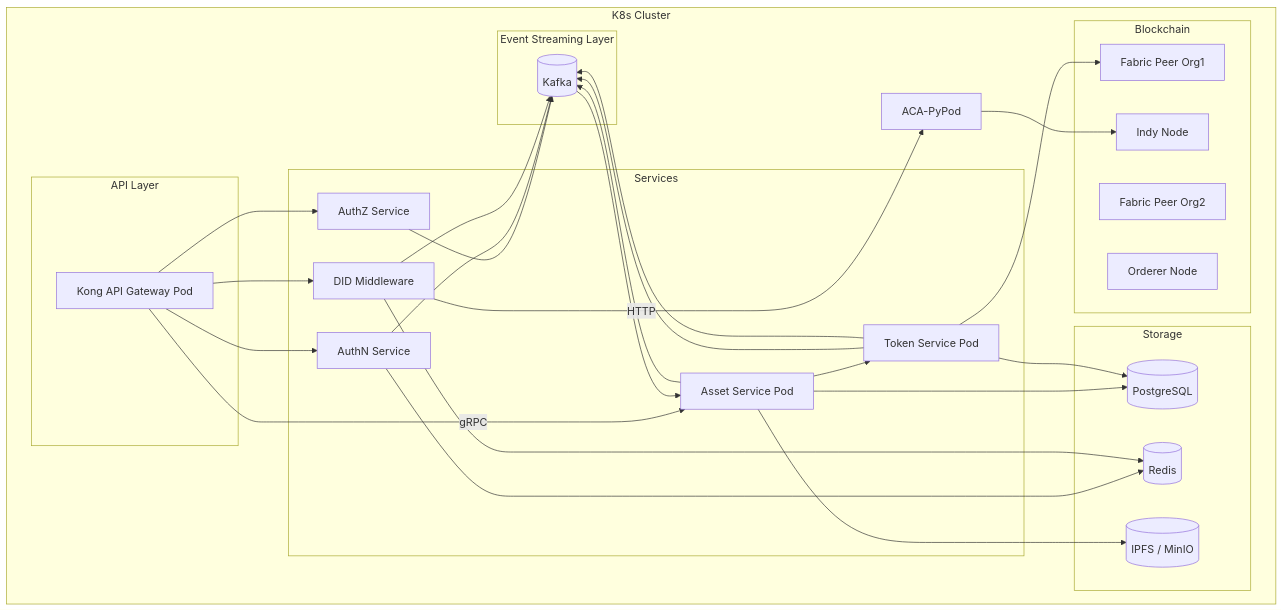
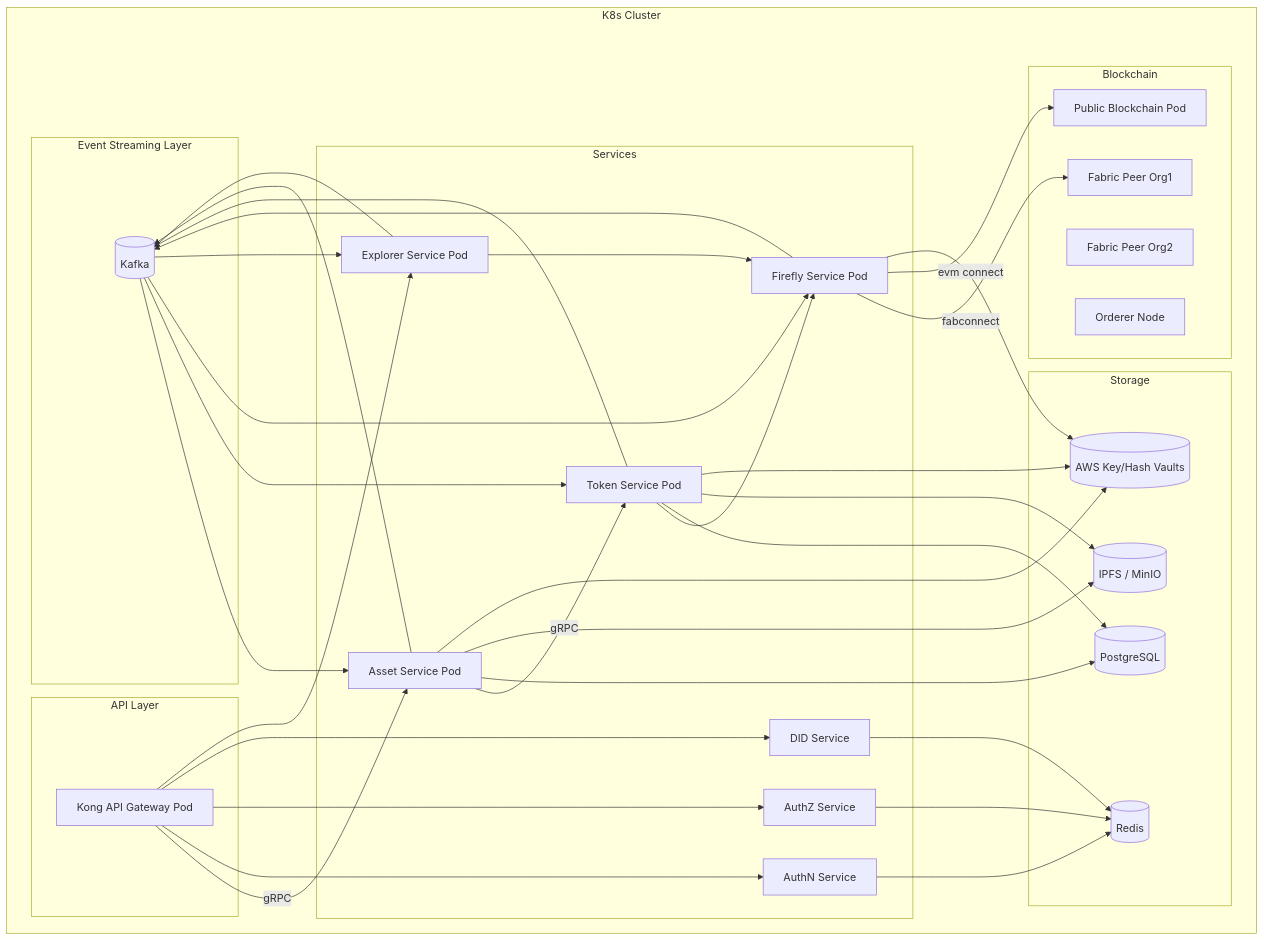
Before and after one commit to metafi-blockchain/metafi-digital-assets-service: the fourth of 4 diagrams in docs/architecture-design.en.md, drawn with Mermaid. The commit also changed other lines of this file, not shown here.

````diff
--- a/docs/architecture-design.en.md
+++ b/docs/architecture-design.en.md
@@ -294,57 +294,68 @@
 ```mermaid
 graph TD
     subgraph K8s Cluster
         subgraph API Layer
             GatewayPod[Kong API Gateway Pod]
         end
 
         subgraph Services
             AssetPod[Asset Service Pod]
             TokenPod[Token Service Pod]
+            FireflyPod[Firefly Service Pod]
+            ExplorerPod[Explorer Service Pod]
             AuthNPod[AuthN Service]
             AuthZPod[AuthZ Service]
-            DIDPod["DID Middleware"]
+            DIDPod[DID Service]
         end
 
         subgraph Blockchain
             FabricPeer1["Fabric Peer Org1"]
             FabricPeer2["Fabric Peer Org2"]
             Orderer[Orderer Node]
-            Indy[Indy Node]
+            PublicChainPod[Public Blockchain Pod]
         end
 
         subgraph Storage
             DBPod[(PostgreSQL)]
             RedisPod[(Redis)]
             IPFSPod[(IPFS / MinIO)]
+            KeyVaultsPod[(AWS Key/Hash Vaults)]
         end
 
         subgraph Event Streaming Layer
             KafkaPod[(Kafka)]
         end
 
         GatewayPod -->|gRPC| AssetPod
         GatewayPod --> AuthNPod
         GatewayPod --> AuthZPod
         GatewayPod --> DIDPod
+        GatewayPod --> ExplorerPod
 
-        AssetPod --> TokenPod
-        TokenPod --> FabricPeer1
-        DIDPod -->|HTTP| ACA-PyPod
+        AssetPod -->|gRPC| TokenPod
+        TokenPod --> FireflyPod
+        FireflyPod -->|fabconnect| FabricPeer1
+        FireflyPod -->|evm connect| PublicChainPod
+        ExplorerPod --> FireflyPod
 
         AssetPod --> DBPod
         TokenPod --> DBPod
         AuthNPod --> RedisPod
+        AuthZPod --> RedisPod
         DIDPod --> RedisPod
         AssetPod --> IPFSPod
-        ACA-PyPod --> Indy
+        TokenPod --> IPFSPod
+        FireflyPod --> KeyVaultsPod
+        AssetPod --> KeyVaultsPod
+        TokenPod --> KeyVaultsPod
 
         AssetPod --> KafkaPod
         KafkaPod --> AssetPod
         TokenPod --> KafkaPod
-        TokenPod --> KafkaPod
-        AuthZPod --> KafkaPod
-        AuthNPod --> KafkaPod
-        DIDPod --> KafkaPod
+        KafkaPod --> TokenPod
+        FireflyPod --> KafkaPod
+        KafkaPod --> FireflyPod
+        ExplorerPod --> KafkaPod
+        KafkaPod --> ExplorerPod
     end
 ```
````
